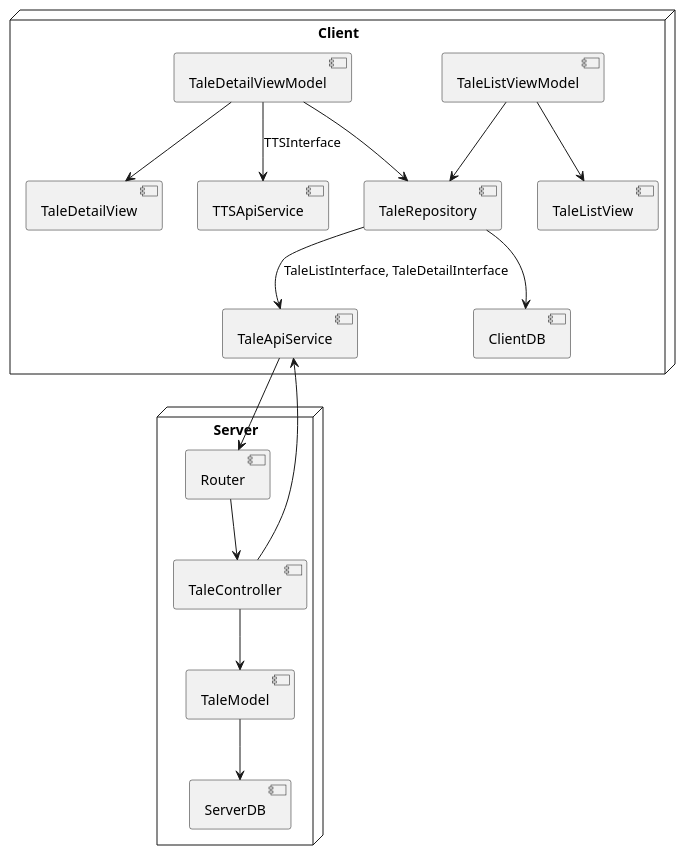
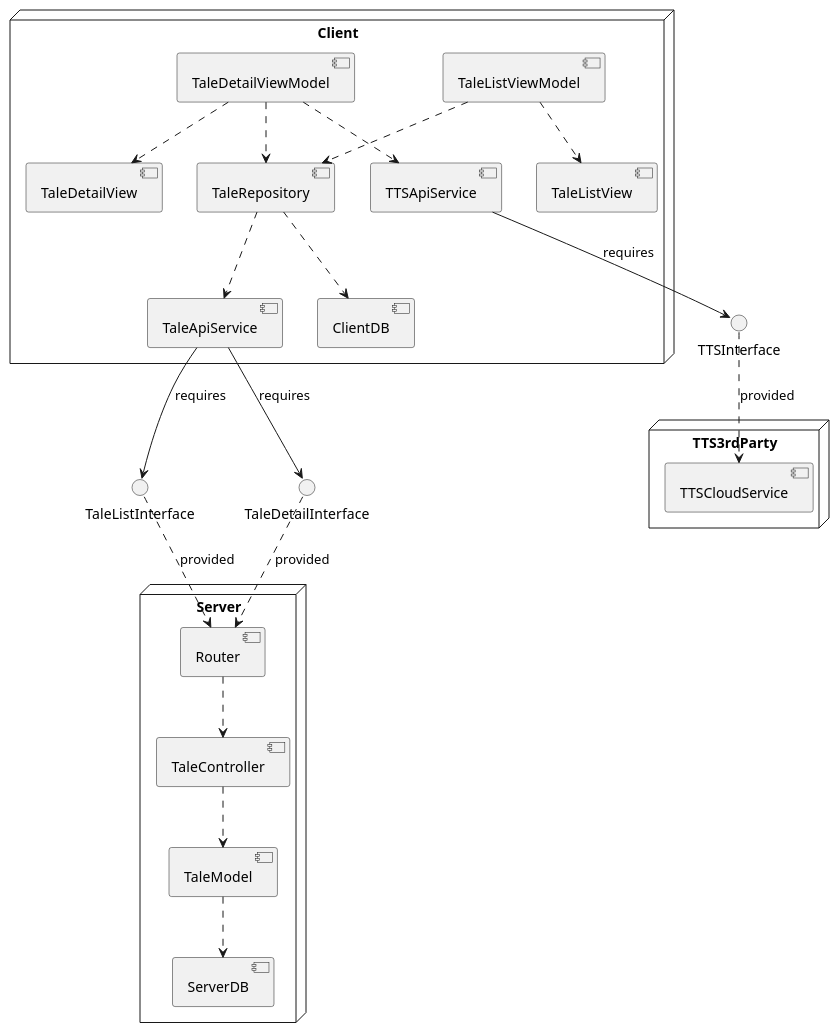
Before and after one commit to judy-juyeon-park/KTP522: the diagram in LV2_component.wsd, drawn with PlantUML.

Commit message:
lv2 logical view update

```diff
--- a/LV2_component.wsd
+++ b/LV2_component.wsd
@@ -1,48 +1,62 @@
 @startuml lv2_component
 
 node Client{
     
     component TaleRepository
     component TaleApiService
     component TTSApiService
 
     component TaleListViewModel
     component TaleDetailViewModel
 
 
     component TaleListView
     component TaleDetailView
 
     component ClientDB
 }
 
 
 
 node Server {
     component Router
     component TaleController
     component TaleModel
     component ServerDB
 }
 
+node TTS3rdParty {
+    component TTSCloudService
+}
 
-Router --> TaleController
-TaleController --> TaleModel
-TaleModel --> ServerDB
+interface TaleListInterface
+interface TaleDetailInterface
+interface TTSInterface
 
-TaleRepository --> ClientDB
-TaleRepository --> TaleApiService : TaleListInterface, TaleDetailInterface
-TaleDetailViewModel --> TTSApiService : TTSInterface
 
-TaleListViewModel --> TaleRepository
-TaleDetailViewModel --> TaleRepository
+Router ..> TaleController
+TaleController ..> TaleModel
+TaleModel ..> ServerDB
 
-TaleListViewModel --> TaleListView
-TaleDetailViewModel --> TaleDetailView
+TaleRepository ..> ClientDB
+TaleRepository ..> TaleApiService
+TaleDetailViewModel ..> TTSApiService
 
-TaleApiService --> Router
-TaleController --> TaleApiService
+TaleListViewModel ..> TaleRepository
+TaleDetailViewModel ..> TaleRepository
+
+TaleListViewModel ..> TaleListView
+TaleDetailViewModel ..> TaleDetailView
+
+
+TTSInterface ..> TTSCloudService : provided
+TTSApiService --> TTSInterface : requires
+
+TaleListInterface ..> Router : provided
+TaleDetailInterface ..> Router : provided
+TaleApiService --> TaleListInterface : requires
+TaleApiService --> TaleDetailInterface : requires
 
 
 
 @enduml
```
